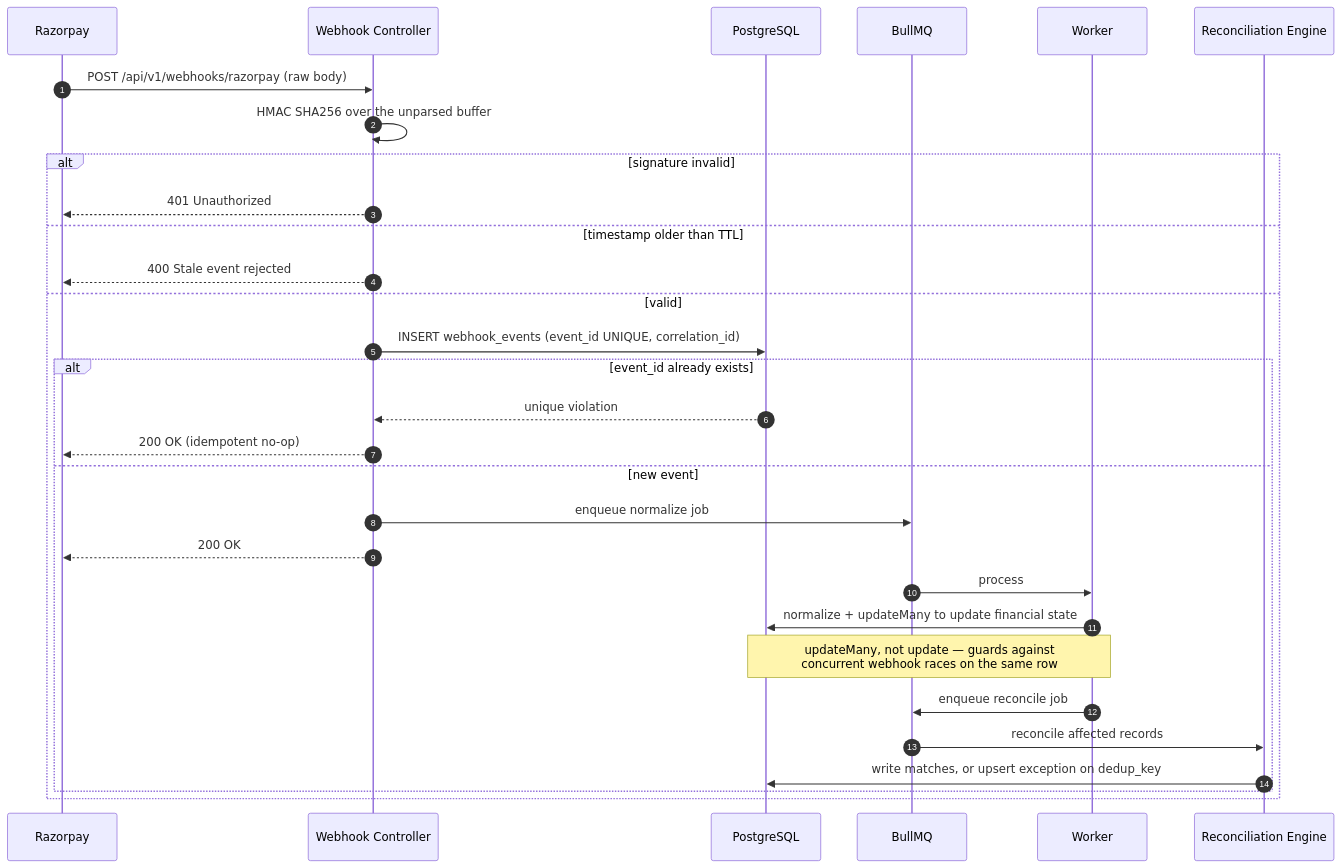
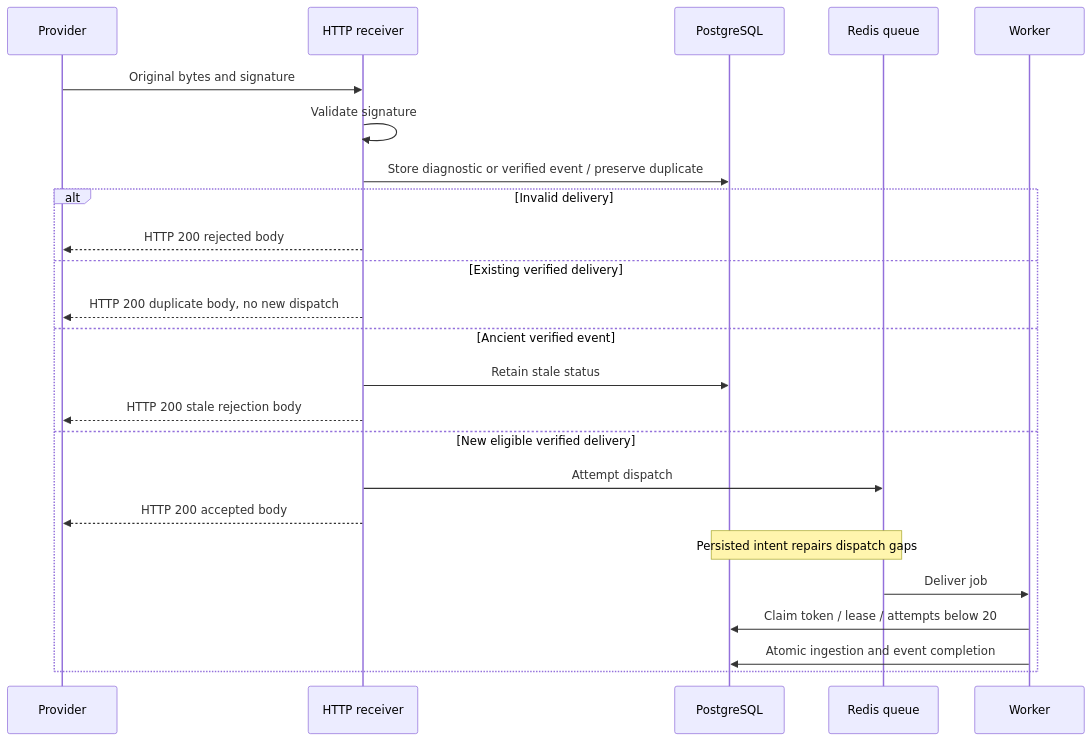
The second of 8 diagrams in docs/architecture/diagrams.md (sudhanshukumar03/ledgerMind), drawn with Mermaid before and after one commit. The commit also changed other lines of this file and 157 other files, not shown here.

````diff
--- a/docs/architecture/diagrams.md
+++ b/docs/architecture/diagrams.md
@@ -205,33 +32,26 @@
 ```mermaid
 sequenceDiagram
-    autonumber
-    participant RZP as Razorpay
-    participant WH as Webhook Controller
-    participant DB as PostgreSQL
-    participant Q as BullMQ
+    participant P as Provider
+    participant H as HTTP receiver
+    participant D as PostgreSQL
+    participant Q as Redis queue
     participant W as Worker
-    participant RC as Reconciliation Engine
-
-    RZP->>WH: POST /api/v1/webhooks/razorpay (raw body)
-    WH->>WH: HMAC SHA256 over the unparsed buffer
-    alt signature invalid
-        WH-->>RZP: 401 Unauthorized
-    else timestamp older than TTL
-        WH-->>RZP: 400 Stale event rejected
-    else valid
-        WH->>DB: INSERT webhook_events (event_id UNIQUE, correlation_id)
-        alt event_id already exists
-            DB-->>WH: unique violation
-            WH-->>RZP: 200 OK (idempotent no-op)
-        else new event
-            WH->>Q: enqueue normalize job
-            WH-->>RZP: 200 OK
-            Q->>W: process
-            W->>DB: normalize + updateMany to update financial state
-            Note over W,DB: updateMany, not update — guards against<br/>concurrent webhook races on the same row
-            W->>Q: enqueue reconcile job
-            Q->>RC: reconcile affected records
-            RC->>DB: write matches, or upsert exception on dedup_key
-        end
+    P->>H: Original bytes and signature
+    H->>H: Validate signature
+    H->>D: Store diagnostic or verified event / preserve duplicate
+    alt Invalid delivery
+        H-->>P: HTTP 200 rejected body
+    else Existing verified delivery
+        H-->>P: HTTP 200 duplicate body, no new dispatch
+    else Ancient verified event
+        H->>D: Retain stale status
+        H-->>P: HTTP 200 stale rejection body
+    else New eligible verified delivery
+        H->>Q: Attempt dispatch
+        H-->>P: HTTP 200 accepted body
+        Note over D,Q: Persisted intent repairs dispatch gaps
+        Q->>W: Deliver job
+        W->>D: Claim token / lease / attempts below 20
+        W->>D: Atomic ingestion and event completion
     end
 ```
````
